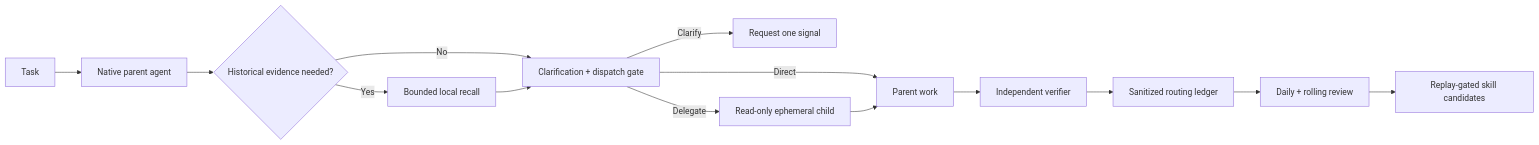
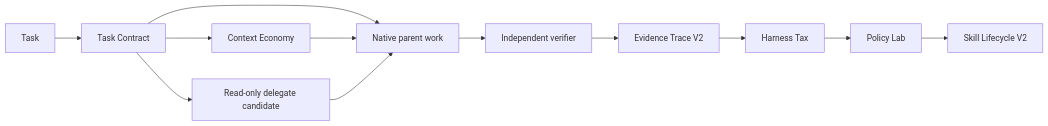
The seventh of 7 diagrams in README.md (liuanye9-lab/codex-os-brain), drawn with Mermaid before and after one commit. The commit also changed other lines of this file, not shown here.

````diff
--- a/README.md
+++ b/README.md
@@ -108,16 +165,14 @@
 ```mermaid
 flowchart LR
-  Task["Task"] --> Parent["Native parent agent"]
-  Parent --> Memory{"Historical evidence needed?"}
-  Memory -->|"Yes"| Recall["Bounded local recall"]
-  Memory -->|"No"| Intake["Clarification + dispatch gate"]
-  Recall --> Intake
-  Intake -->|"Direct"| Work["Parent work"]
-  Intake -->|"Clarify"| Ask["Request one signal"]
-  Intake -->|"Delegate"| Child["Read-only ephemeral child"]
-  Child --> Work
-  Work --> Verify["Independent verifier"]
-  Verify --> Ledger["Sanitized routing ledger"]
-  Ledger --> Review["Daily + rolling review"]
-  Review --> Skills["Replay-gated skill candidates"]
+  Task["Task"] --> Contract["Task Contract"]
+  Contract --> Direct["Native parent work"]
+  Contract --> Recall["Context Economy"]
+  Contract --> Delegate["Read-only delegate candidate"]
+  Recall --> Direct
+  Delegate --> Direct
+  Direct --> Verify["Independent verifier"]
+  Verify --> Trace["Evidence Trace V2"]
+  Trace --> Tax["Harness Tax"]
+  Tax --> Lab["Policy Lab"]
+  Lab --> Skills["Skill Lifecycle V2"]
 ```
````
